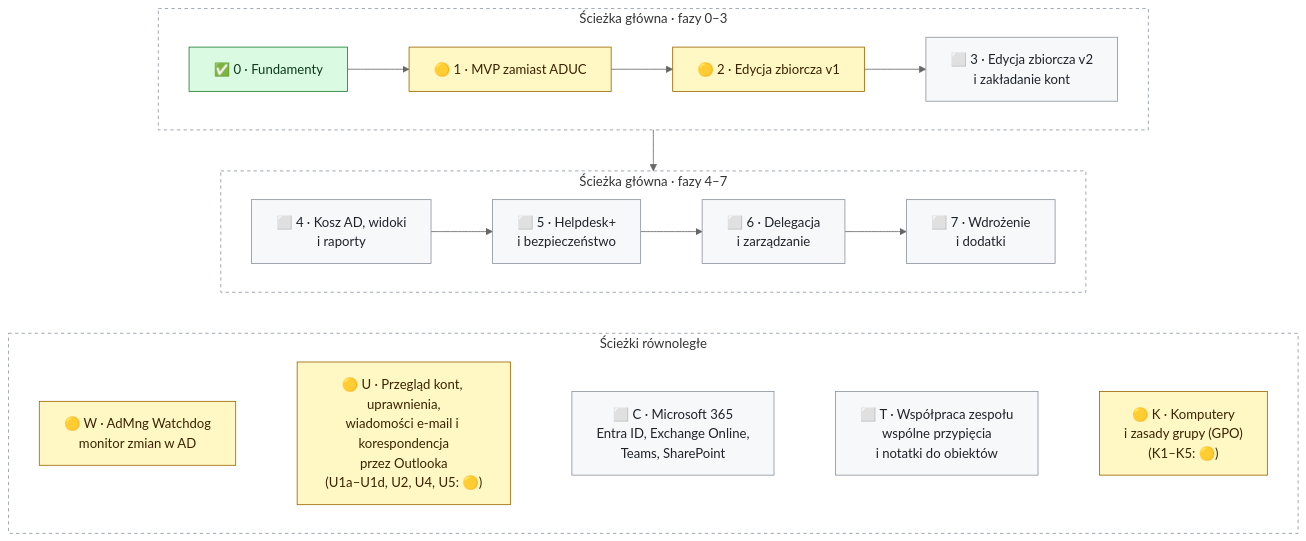
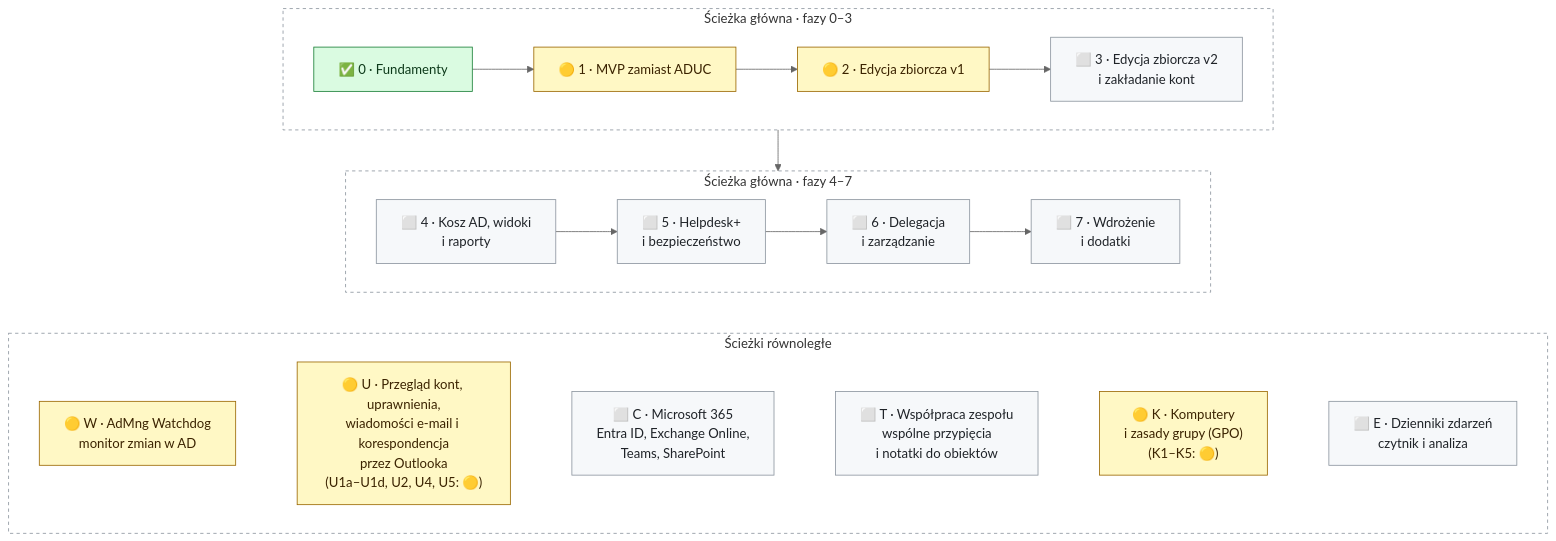
One commit to DarienRahl/AD_MNG changed the diagram in README.md. Above: the diagram before and after it, drawn with Mermaid (neutral theme). The commit also changed other lines of this file and 1 other file, not shown here.

First line of the commit message:
Roadmap: track E – event log reader with built-in analysis

````diff
--- a/README.md
+++ b/README.md
@@ -181,26 +181,26 @@
 ```mermaid
 flowchart TB
     subgraph A["Ścieżka główna · fazy 0–3"]
         direction LR
         F0["✅ 0 · Fundamenty"] --> F1["🟡 1 · MVP zamiast ADUC"] --> F2["🟡 2 · Edycja zbiorcza v1"] --> F3["⬜ 3 · Edycja zbiorcza v2<br/>i zakładanie kont"]
     end
     subgraph B["Ścieżka główna · fazy 4–7"]
         direction LR
         F4["⬜ 4 · Kosz AD, widoki<br/>i raporty"] --> F5["⬜ 5 · Helpdesk+<br/>i bezpieczeństwo"] --> F6["⬜ 6 · Delegacja<br/>i zarządzanie"] --> F7["⬜ 7 · Wdrożenie<br/>i dodatki"]
     end
     subgraph C["Ścieżki równoległe"]
         direction LR
-        W["🟡 W · AdMng Watchdog<br/>monitor zmian w AD"] ~~~ U["🟡 U · Przegląd kont, uprawnienia,<br/>wiadomości e-mail i korespondencja<br/>przez Outlooka<br/>(U1a–U1d, U2, U4, U5: 🟡)"] ~~~ M365["⬜ C · Microsoft 365<br/>Entra ID, Exchange Online,<br/>Teams, SharePoint"] ~~~ TEAM["⬜ T · Współpraca zespołu<br/>wspólne przypięcia<br/>i notatki do obiektów"] ~~~ K["🟡 K · Komputery<br/>i zasady grupy (GPO)<br/>(K1–K5: 🟡)"]
+        W["🟡 W · AdMng Watchdog<br/>monitor zmian w AD"] ~~~ U["🟡 U · Przegląd kont, uprawnienia,<br/>wiadomości e-mail i korespondencja<br/>przez Outlooka<br/>(U1a–U1d, U2, U4, U5: 🟡)"] ~~~ M365["⬜ C · Microsoft 365<br/>Entra ID, Exchange Online,<br/>Teams, SharePoint"] ~~~ TEAM["⬜ T · Współpraca zespołu<br/>wspólne przypięcia<br/>i notatki do obiektów"] ~~~ K["🟡 K · Komputery<br/>i zasady grupy (GPO)<br/>(K1–K5: 🟡)"] ~~~ EVT["⬜ E · Dzienniki zdarzeń<br/>czytnik i analiza"]
     end
     A --> B
     B ~~~ C
     classDef done fill:#dafbe1,stroke:#1a7f37,color:#0d3a1a
     classDef wip fill:#fff8c5,stroke:#9a6700,color:#3b2300
     classDef todo fill:#f6f8fa,stroke:#8c959f,color:#1f2328
     class F0 done
     class F1,F2,W,U,K wip
-    class F3,F4,F5,F6,F7,M365,TEAM todo
+    class F3,F4,F5,F6,F7,M365,TEAM,EVT todo
     style A fill:transparent,stroke:#8c959f,stroke-dasharray:4 4
     style B fill:transparent,stroke:#8c959f,stroke-dasharray:4 4
     style C fill:transparent,stroke:#8c959f,stroke-dasharray:4 4
 ```
````
